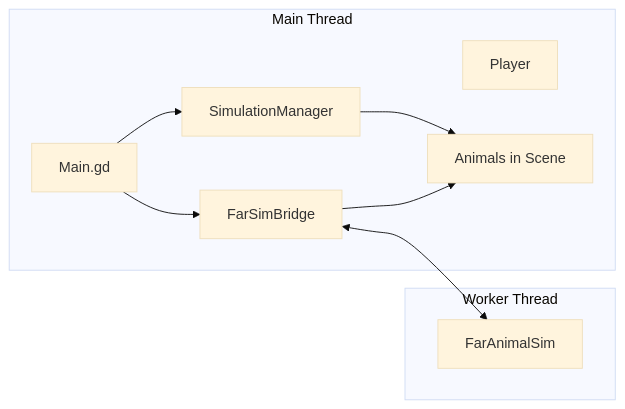
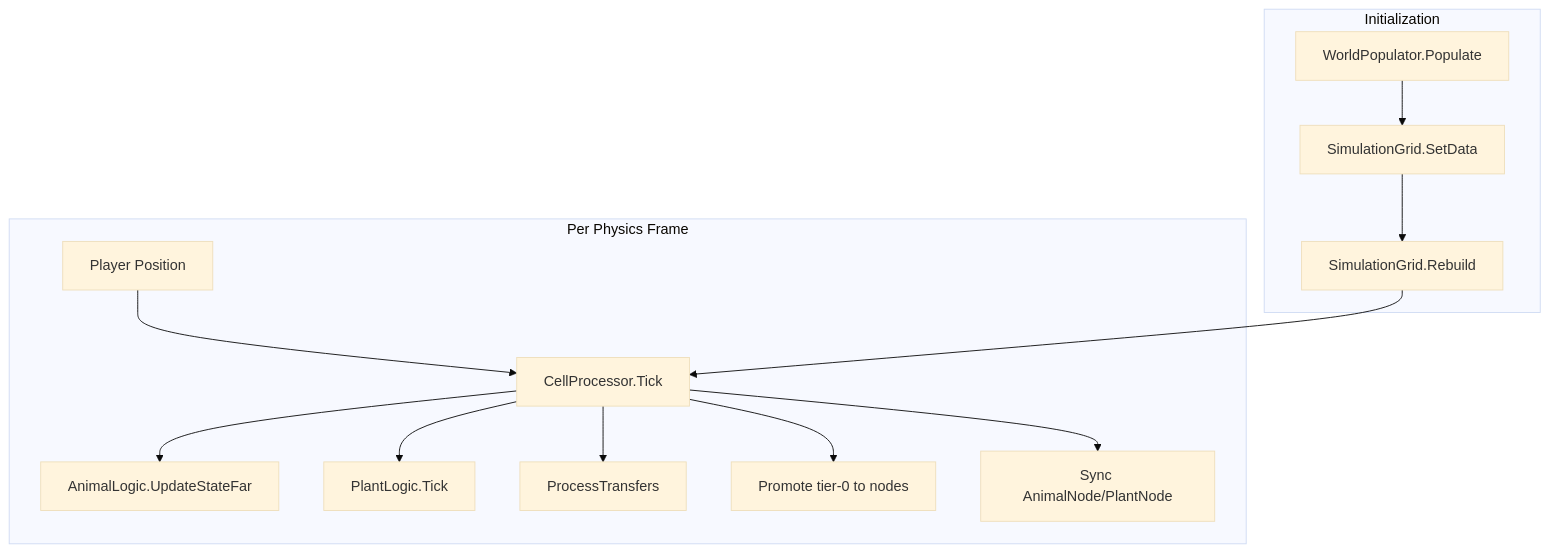
One commit to StevenGann/BiologyGame changed the second of 4 diagrams in docs/architecture.md. Above: the diagram before and after it, drawn with Mermaid (base theme). The commit also changed other lines of this file and 12 other files, not shown here.

````diff
--- a/docs/architecture.md
+++ b/docs/architecture.md
@@ -37,20 +25,22 @@
 ```mermaid
-flowchart LR
-    subgraph MainThread[Main Thread]
-        Main[Main.gd]
-        SimMgr[SimulationManager]
-        FarBridge[FarSimBridge]
-        Player[Player]
-        Animals[Animals in Scene]
+flowchart TD
+    subgraph Init[Initialization]
+        Populate[WorldPopulator.Populate]
+        Grid[SimulationGrid.SetData]
+        Rebuild[SimulationGrid.Rebuild]
     end
-    
-    subgraph WorkerThread[Worker Thread]
-        FarSim[FarAnimalSim]
+
+    subgraph PerFrame[Per Physics Frame]
+        PlayerPos[Player Position]
+        PlayerPos --> CellProc[CellProcessor.Tick]
+        CellProc --> AnimalLogic[AnimalLogic.UpdateStateFar]
+        CellProc --> PlantLogic[PlantLogic.Tick]
+        CellProc --> Transfers[ProcessTransfers]
+        CellProc --> Promote[Promote tier-0 to nodes]
+        CellProc --> Sync[Sync AnimalNode/PlantNode]
     end
-    
-    Main --> SimMgr
-    Main --> FarBridge
-    SimMgr --> Animals
-    FarBridge <--> FarSim
-    FarBridge --> Animals
+
+    Populate --> Grid
+    Grid --> Rebuild
+    Rebuild --> CellProc
 ```
````
